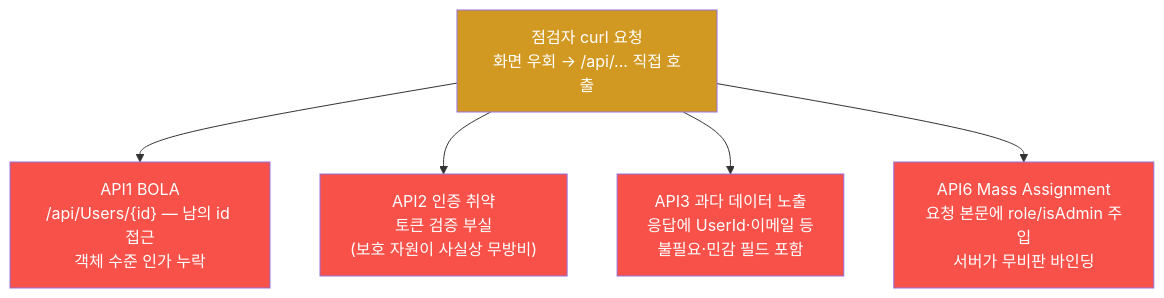
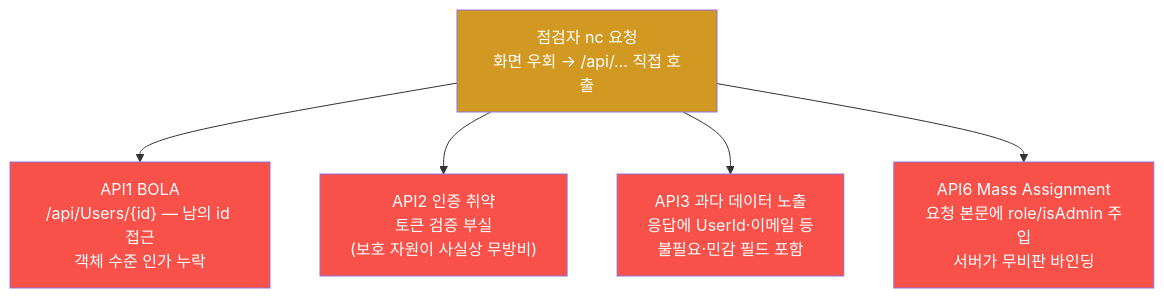
Before and after one commit to mrgrit/tw2: the second of 9 diagrams in contents/training/web-vuln/lecture_week12.md, drawn with Mermaid. The commit also changed other lines of this file and 45 other files, not shown here.

````diff
--- a/contents/training/web-vuln/lecture_week12.md
+++ b/contents/training/web-vuln/lecture_week12.md
@@ -185,17 +185,17 @@
 ```mermaid
 graph TD
-    REQ["점검자 curl 요청<br/>화면 우회 → /api/... 직접 호출"]
+    REQ["점검자 nc 요청<br/>화면 우회 → /api/... 직접 호출"]
     A1["API1 BOLA<br/>/api/Users/{id} — 남의 id 접근<br/>객체 수준 인가 누락"]
     A2["API2 인증 취약<br/>토큰 검증 부실<br/>(보호 자원이 사실상 무방비)"]
     A3["API3 과다 데이터 노출<br/>응답에 UserId·이메일 등<br/>불필요·민감 필드 포함"]
     A6["API6 Mass Assignment<br/>요청 본문에 role/isAdmin 주입<br/>서버가 무비판 바인딩"]
     REQ --> A1
     REQ --> A2
     REQ --> A3
     REQ --> A6
     style REQ fill:#d29922,color:#fff
     style A1 fill:#f85149,color:#fff
     style A2 fill:#f85149,color:#fff
     style A3 fill:#f85149,color:#fff
     style A6 fill:#f85149,color:#fff
 ```
````
